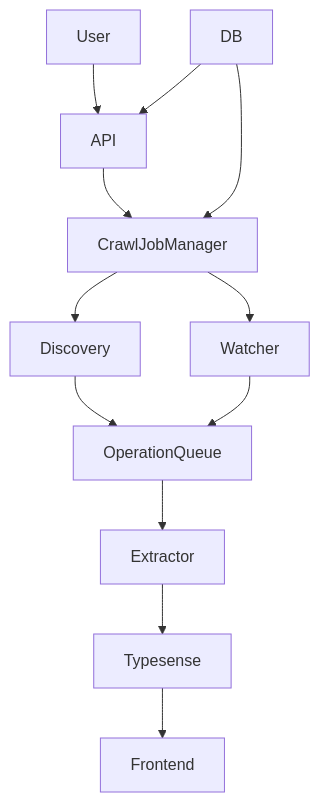
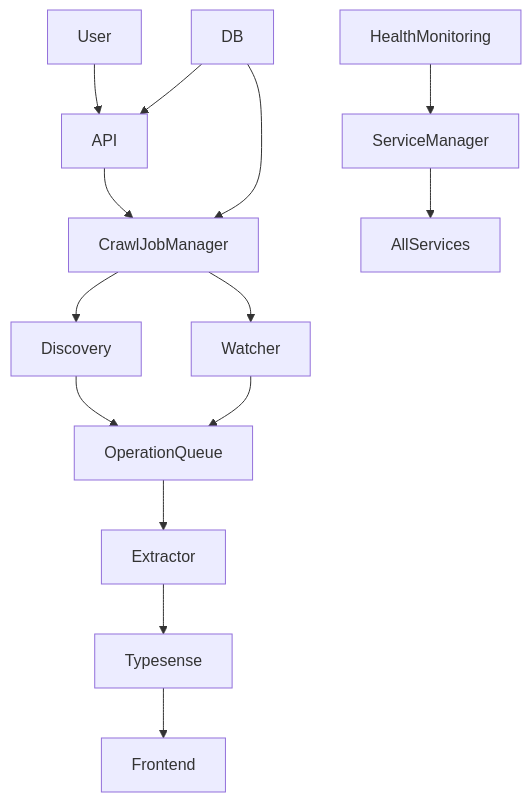
One commit to Hamza5/file-brain changed the diagram in .kilocode/rules/memory-bank/architecture.md. Above: the diagram before and after it, drawn with Mermaid. The commit also changed other lines of this file and 10 other files, not shown here.

First line of the commit message:
feat(system): add instant startup with background service initialization and health monitoring

````diff
--- a/.kilocode/rules/memory-bank/architecture.md
+++ b/.kilocode/rules/memory-bank/architecture.md
@@ -76,14 +81,16 @@
 ```mermaid
 graph TD
 User --> API
 API --> CrawlJobManager
 CrawlJobManager --> Discovery
 CrawlJobManager --> Watcher
 Discovery --> OperationQueue
 Watcher --> OperationQueue
 OperationQueue --> Extractor
 Extractor --> Typesense
 Typesense --> Frontend
 DB --> CrawlJobManager
 DB --> API
+ServiceManager --> AllServices
+HealthMonitoring --> ServiceManager
 ```
````
